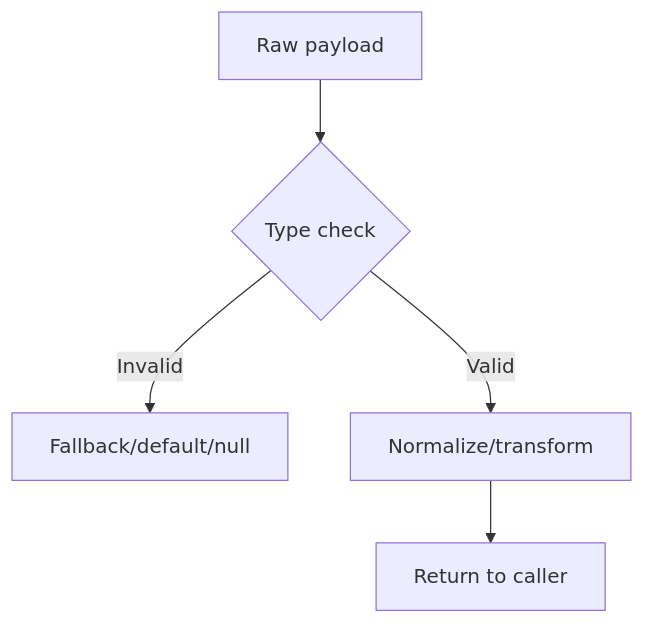
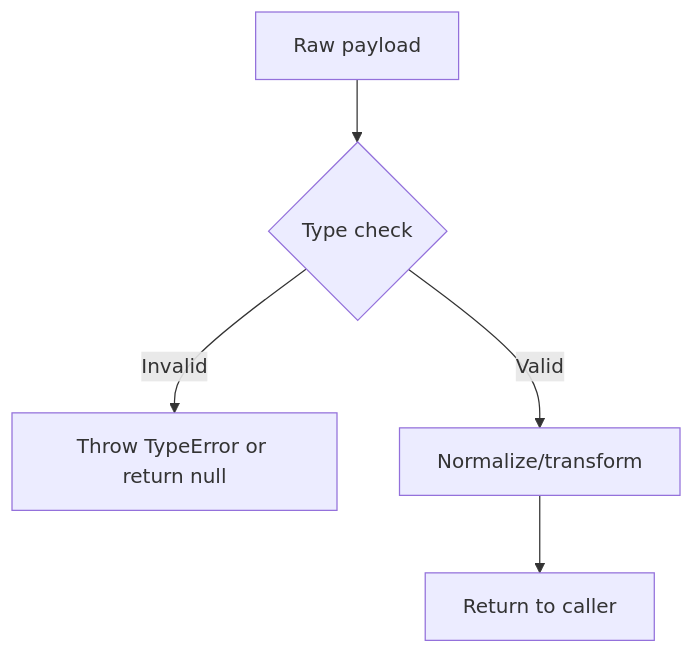
Before and after one commit to satyrlord/mixjam-electron: the sixth of 8 diagrams in .qoder/repowiki/en/content/IPC Communication.md, drawn with Mermaid. The commit also changed other lines of this file and 7 other files, not shown here.

````diff
--- a/.qoder/repowiki/en/content/IPC Communication.md
+++ b/.qoder/repowiki/en/content/IPC Communication.md
@@ -248,7 +337,7 @@
 ```mermaid
 flowchart TD
 A["Raw payload"] --> B{"Type check"}
-B --> |Invalid| C["Fallback/default/null"]
+B --> |Invalid| C["Throw TypeError or return null"]
 B --> |Valid| D["Normalize/transform"]
 D --> E["Return to caller"]
 ```
````
